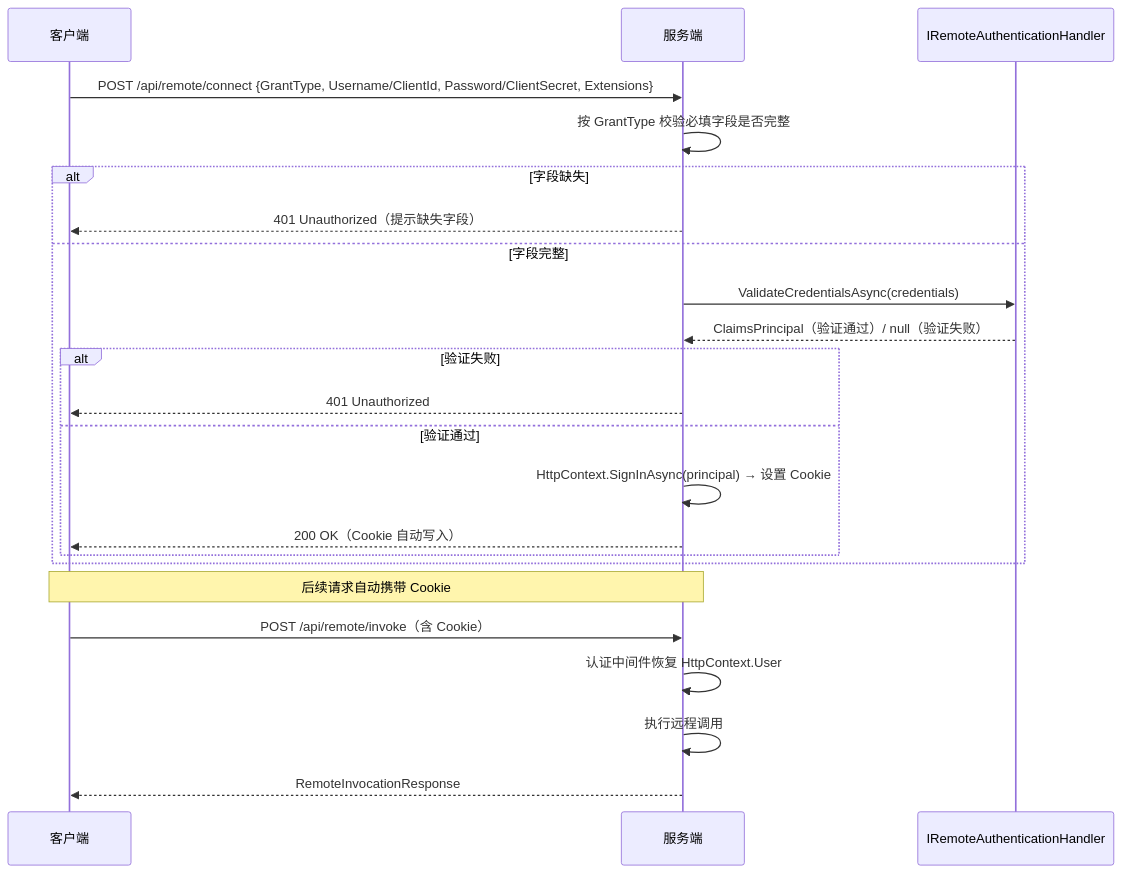
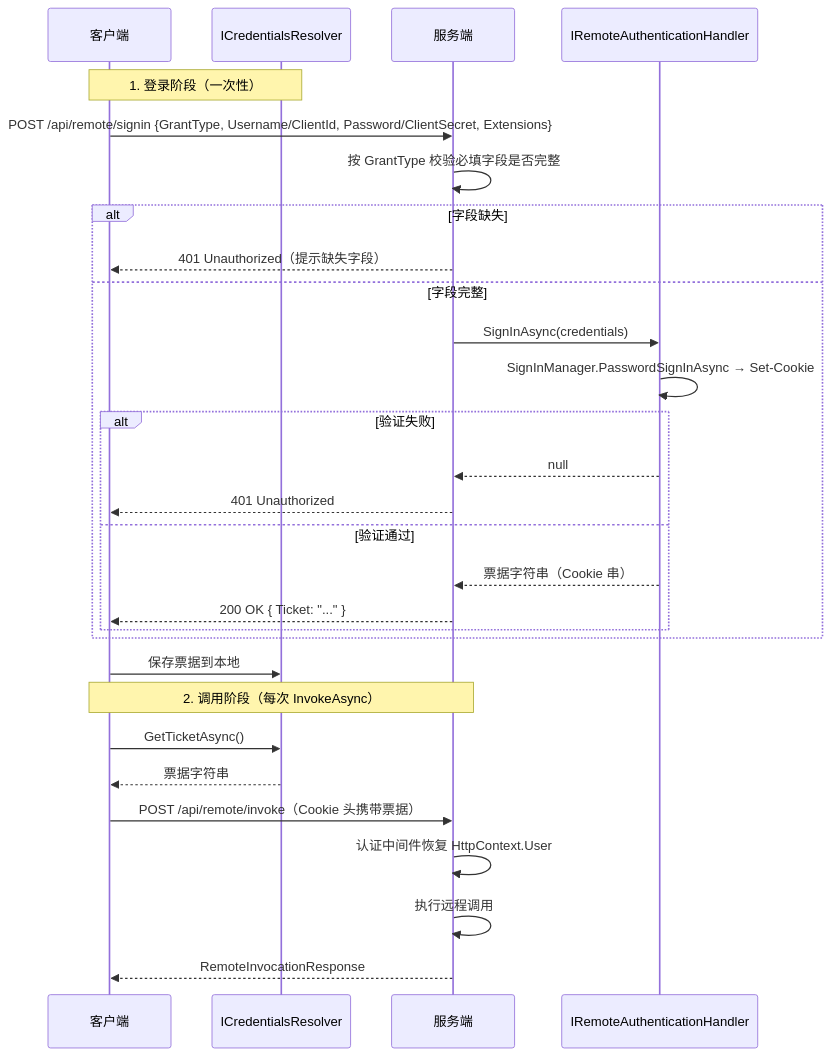
One commit to danjiewu/LiteOrm changed the second of 3 diagrams in docs/03-advanced-topics/09-remote-service.md. Above: the diagram before and after it, drawn with Mermaid. The commit also changed other lines of this file and 16 other files, not shown here.

````diff
--- a/docs/03-advanced-topics/09-remote-service.md
+++ b/docs/03-advanced-topics/09-remote-service.md
@@ -307,26 +309,33 @@
 ```mermaid
 sequenceDiagram
     participant Client as 客户端
+    participant Resolver as ICredentialsResolver
     participant Server as 服务端
-    participant Store as IRemoteAuthenticationHandler
+    participant Handler as IRemoteAuthenticationHandler
 
-    Client->>Server: POST /api/remote/connect {GrantType, Username/ClientId, Password/ClientSecret, Extensions}
+    Note over Client,Resolver: 1. 登录阶段（一次性）
+    Client->>Server: POST /api/remote/signin {GrantType, Username/ClientId, Password/ClientSecret, Extensions}
     Server->>Server: 按 GrantType 校验必填字段是否完整
     alt 字段缺失
         Server-->>Client: 401 Unauthorized（提示缺失字段）
     else 字段完整
-        Server->>Store: ValidateCredentialsAsync(credentials)
-        Store-->>Server: ClaimsPrincipal（验证通过）/ null（验证失败）
+        Server->>Handler: SignInAsync(credentials)
+        Handler->>Handler: SignInManager.PasswordSignInAsync → Set-Cookie
         alt 验证失败
+            Handler-->>Server: null
             Server-->>Client: 401 Unauthorized
         else 验证通过
-            Server->>Server: HttpContext.SignInAsync(principal) → 设置 Cookie
-            Server-->>Client: 200 OK（Cookie 自动写入）
+            Handler-->>Server: 票据字符串（Cookie 串）
+            Server-->>Client: 200 OK { Ticket: "..." }
         end
     end
-    Note over Client,Server: 后续请求自动携带 Cookie
-    Client->>Server: POST /api/remote/invoke（含 Cookie）
+    Client->>Resolver: 保存票据到本地
+
+    Note over Client,Server: 2. 调用阶段（每次 InvokeAsync）
+    Client->>Resolver: GetTicketAsync()
+    Resolver-->>Client: 票据字符串
+    Client->>Server: POST /api/remote/invoke（Cookie 头携带票据）
     Server->>Server: 认证中间件恢复 HttpContext.User
     Server->>Server: 执行远程调用
     Server-->>Client: RemoteInvocationResponse
 ```
````
